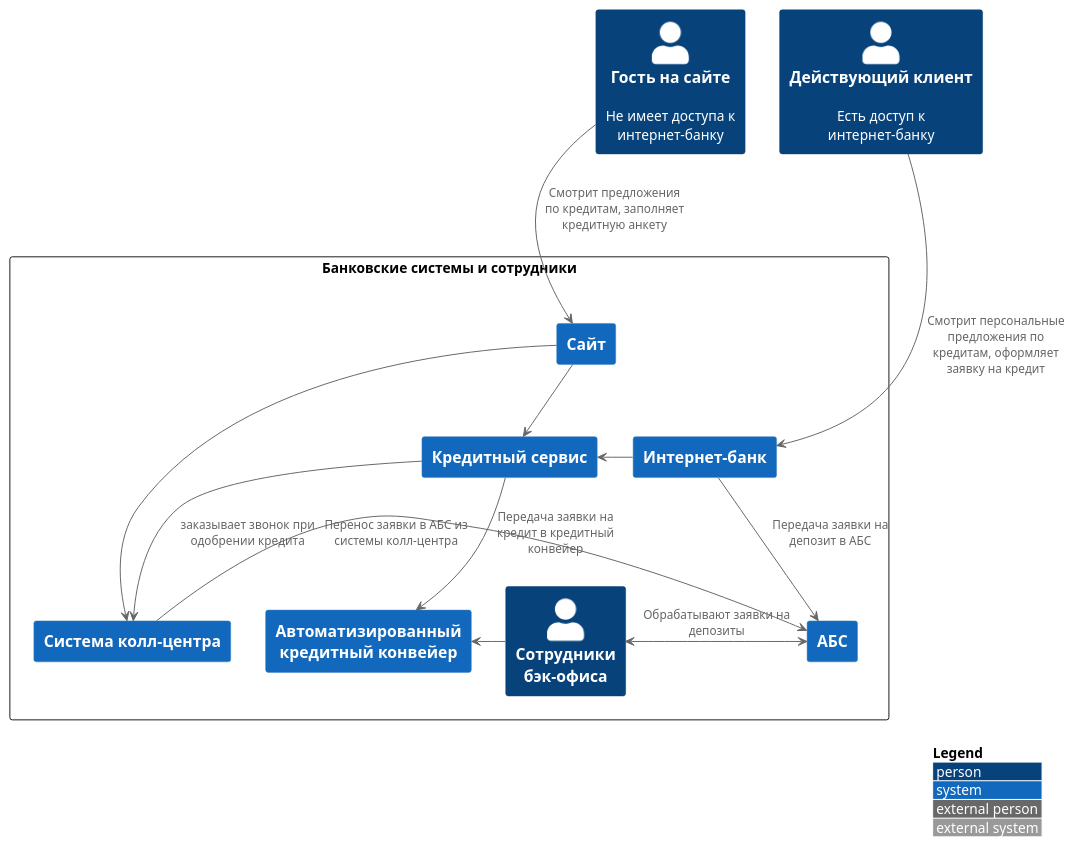
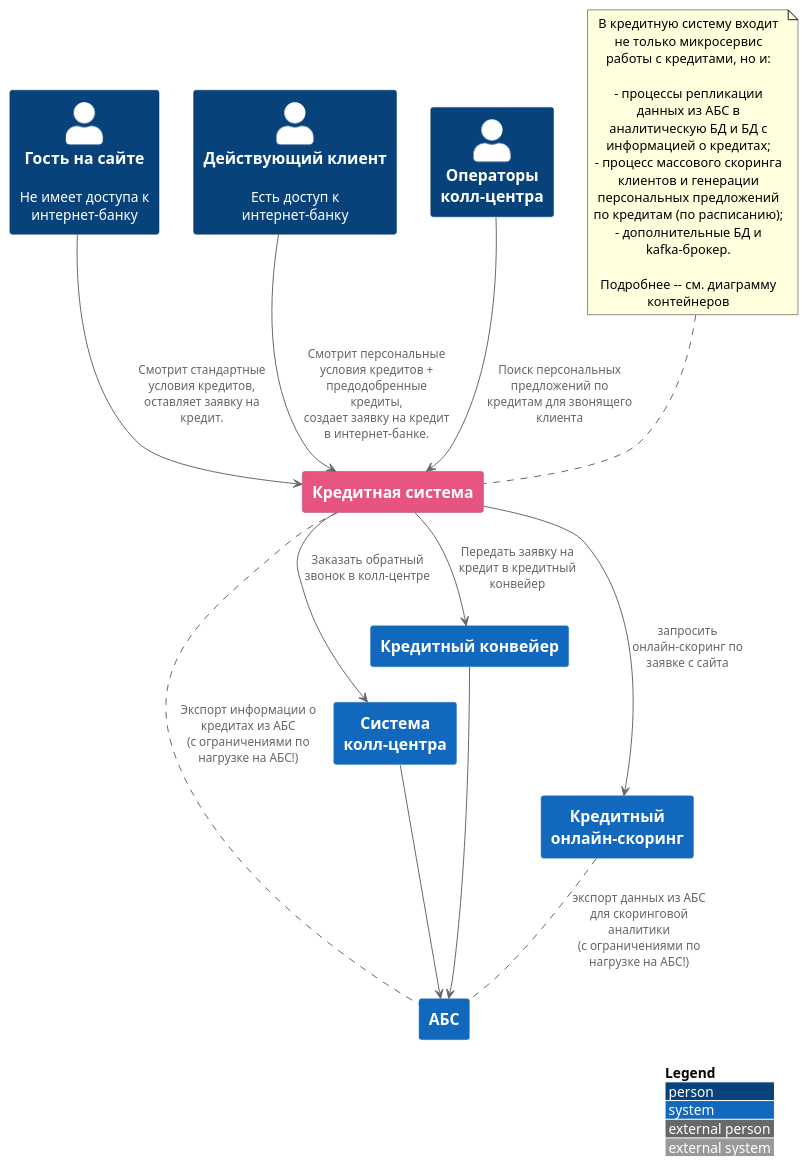
Before and after one commit to Felix-neko/architecture-pro-standart: the diagram in Task5/context.puml, drawn with PlantUML. The commit also changed 1 other file, not shown here.

Commit message:
Промежуточный коммит. Дорисовываем диаграммы контекстов...

```diff
--- a/Task5/context.puml
+++ b/Task5/context.puml
@@ -1,63 +1,55 @@
 @startuml
 '!include ../../../../C4-PlantUML/C4_Context.puml
 !include https://raw.githubusercontent.com/plantuml-stdlib/C4-PlantUML/master/C4_Context.puml
 !pragma layout smetana true
 'top to bottom direction
 
+
 'LAYOUT_TOP_DOWN()
 'LAYOUT_AS_SKETCH()
 LAYOUT_WITH_LEGEND()
 
-' Пользователи
-Person(guest, "Гость на сайте", "Не имеет доступа к интернет-банку")
-Person(client, "Действующий клиент", "Есть доступ к интернет-банку")
+
+AddElementTag("new-component", $bgColor="#e75480", $borderColor="#AA336A", $fontColor="white", $legendText="Новые компоненты")
 
 
-rectangle "Банковские системы и сотрудники" as bank_systems {
-  ' Сотрудники банка
-  Person(back_office_employee, "Сотрудники\nбэк-офиса")
-'  Person(call_center_employee, "Сотрудники колл-центра")
-
-  ' Основные системы
-
-  System(web_site, "Сайт")
-  guest -> web_site: Смотрит предложения по кредитам, заполняет кредитную анкету
-
-  System(internet_bank_system, "Интернет-банк")
-  client --> internet_bank_system: Смотрит персональные предложения по кредитам, оформляет заявку на кредит
-
-  System(credit_service, Кредитный сервис)
-  web_site -> credit_service
-
-  System(abs, "АБС")
-  internet_bank_system --> abs: Передача заявки на депозит в АБС
-
-  credit_service <- internet_bank_system
-
-  System(call_center_system, "Система колл-центра")
-  web_site ---> call_center_system
-'  call_center_system --> call_center_employee
-  credit_service --> call_center_system: заказывает звонок при одобрении кредита
-
-'  call_center_employee --> guest: Телефонная консультация по открытию депозита
-'  call_center_employee --> web_site: Смотрит актуальные условия по депозитам на спецстранице
+' Пользователи
+Person(guest, "Гость на сайте", Не имеет доступа к интернет-банку)
+Person(client, "Действующий клиент", "Есть доступ к интернет-банку")
+Person(call_center_employee, "Операторы колл-центра")
 
 
-'  call_center_employee --> abs: Передача предварительной заявки на депозит в АБС
+System(credit_system, "Кредитная система", $tags="new-component")
+guest --> credit_system: Смотрит стандартные условия кредитов,\nоставляет заявку на кредит.
+client --> credit_system: Смотрит персональные условия кредитов + предодобренные кредиты,\nсоздает заявку на кредит в интернет-банке.
+call_center_employee --> credit_system: Поиск персональных предложений по кредитам для звонящего клиента
 
-  call_center_system -> abs: Перенос заявки в АБС из системы колл-центра
-  back_office_employee <-> abs: Обрабатывают заявки на депозиты
+System(abs, "АБС")
+credit_system .. abs: Экспорт информации о кредитах из АБС\n(с ограничениями по нагрузке на АБС!)
 
-  System(credit_pipeline, "Автоматизированный кредитный конвейер")
-  credit_service --> credit_pipeline: Передача заявки на кредит в кредитный конвейер
-  credit_pipeline <- back_office_employee
-}
-Lay_D(client, bank_systems)
-Lay_R(guest, client)
-Lay_R(web_site, internet_bank_system)
-Lay_D(guest, web_site)
-Lay_D(client, web_site)
+System(call_center_system, "Система\nколл-центра")
+credit_system --> call_center_system: Заказать обратный звонок в колл-центре
 
+System(credit_pipeline_system, "Кредитный конвейер")
+credit_system --> credit_pipeline_system: Передать заявку на кредит в кредитный конвейер
 
+System(online_scoring_system, "Кредитный онлайн-скоринг")
+credit_system --> online_scoring_system: запросить онлайн-скоринг по заявке с сайта
+online_scoring_system .. abs: экспорт данных из АБС для скоринговой аналитики\n(с ограничениями по нагрузке на АБС!)
+
+credit_pipeline_system ---> abs
+call_center_system --> abs
+
+note as credit_system_note
+В кредитную систему входит не только микросервис работы с кредитами, но и:
+
+- процессы репликации данных из АБС в аналитическую БД и БД с информацией о кредитах;
+- процесс массового скоринга клиентов и генерации персональных предложений по кредитам (по расписанию);
+- дополнительные БД и kafka-брокер.
+
+Подробнее -- см. диаграмму контейнеров
+end note
+
+credit_system_note .. credit_system
 
 @enduml
```
